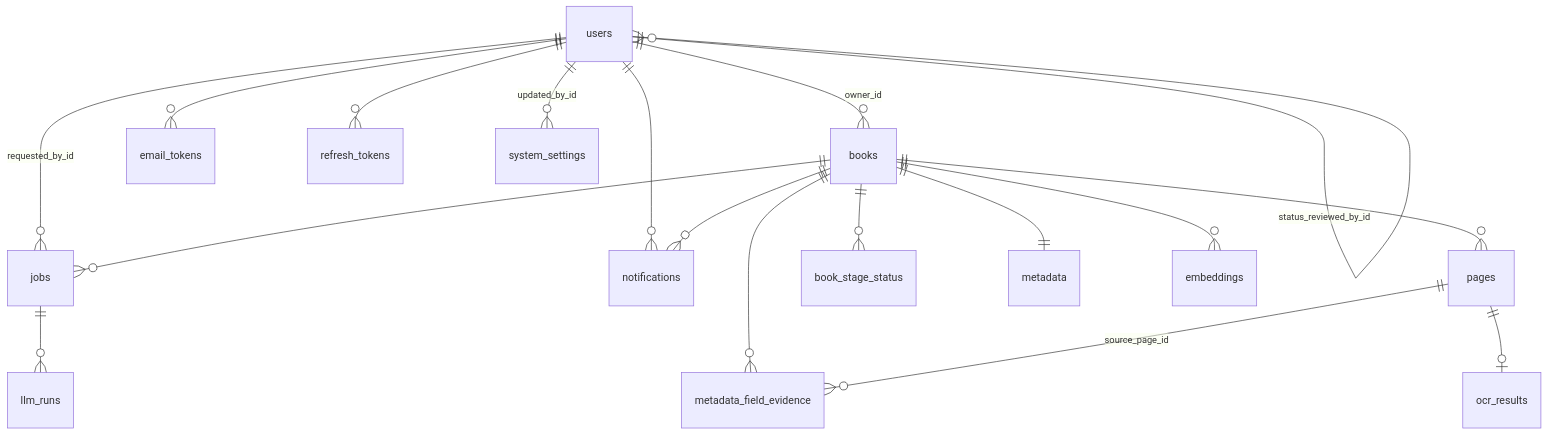
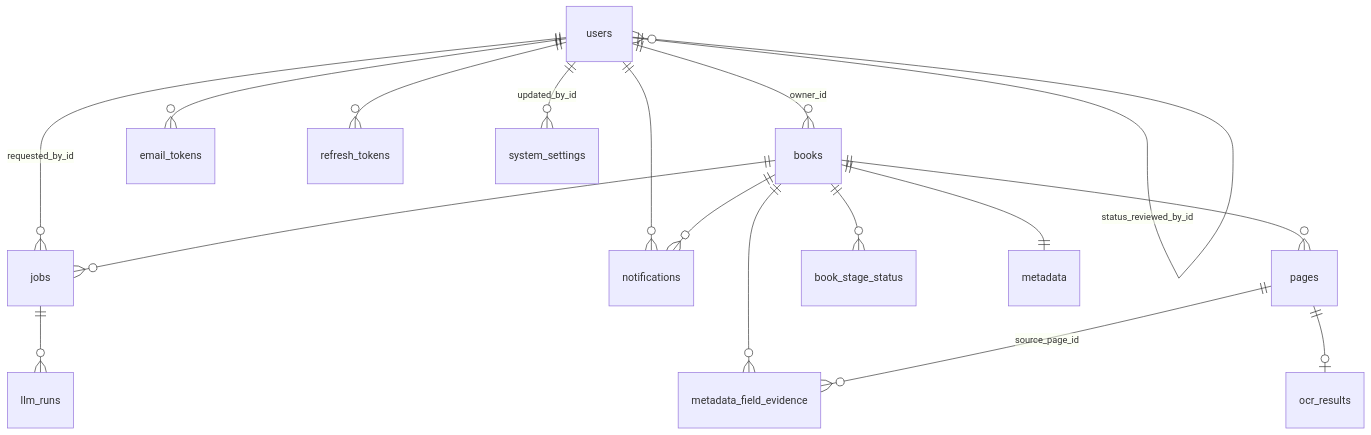
The diagram in docs/application/data-model.md (Agamya-Samuel/indic-book-metadata-extractor-v2), drawn with Mermaid before and after one commit. The commit also changed other lines of this file and 12 other files, not shown here.

````diff
--- a/docs/application/data-model.md
+++ b/docs/application/data-model.md
@@ -19,22 +19,21 @@
 ```mermaid
 erDiagram
     users ||--o{ books : "owner_id"
     users ||--o{ jobs : "requested_by_id"
     users ||--o{ email_tokens : ""
     users ||--o{ refresh_tokens : ""
     users ||--o{ notifications : ""
     users ||--o{ users : "status_reviewed_by_id"
     users ||--o{ system_settings : "updated_by_id"
 
     books ||--o{ pages : ""
     books ||--o{ jobs : ""
     books ||--o{ book_stage_status : ""
     books ||--|| metadata : ""
     books ||--o{ metadata_field_evidence : ""
-    books ||--o{ embeddings : ""
     books ||--o{ notifications : ""
 
     pages ||--o| ocr_results : ""
     pages ||--o{ metadata_field_evidence : "source_page_id"
     jobs ||--o{ llm_runs : ""
 ```
````
